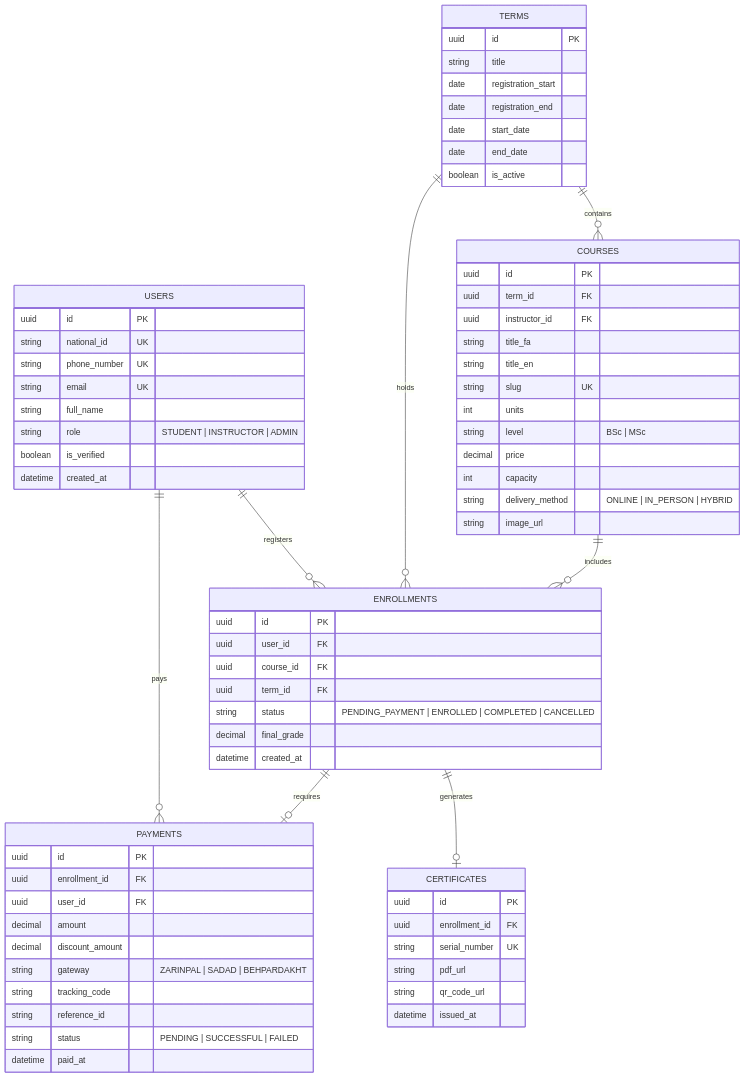
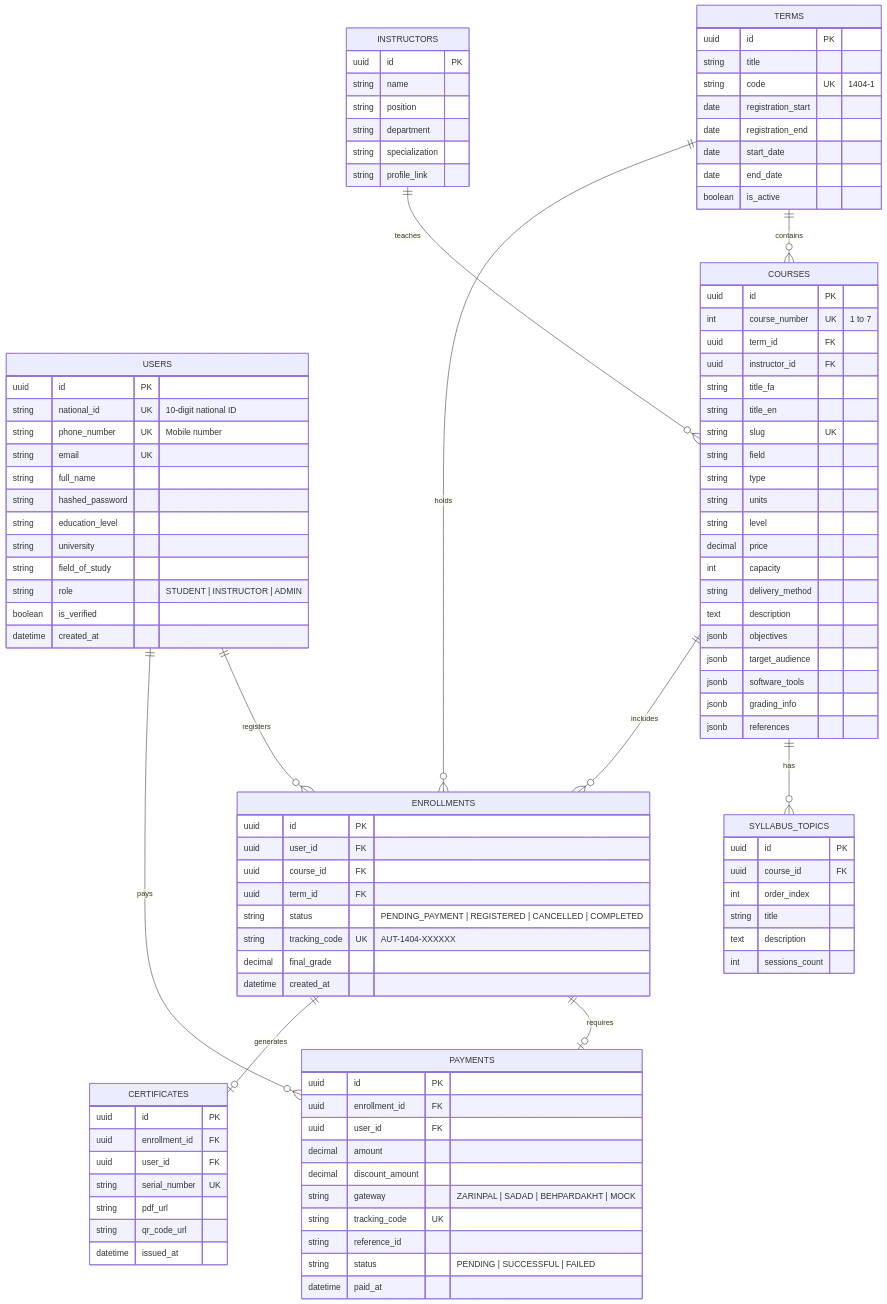
Before and after one commit to HosseinZareinejad/cse-school: the diagram in backend/README.md, drawn with Mermaid. The commit also changed other lines of this file and 1 other file, not shown here.

Commit message:
docs: update backend and frontend READMEs with latest database schema and SVG icon system

```diff
--- a/backend/README.md
+++ b/backend/README.md
@@ -57,16 +59,22 @@
     USERS ||--o{ PAYMENTS : pays
     TERMS ||--o{ COURSES : contains
     TERMS ||--o{ ENROLLMENTS : holds
+    INSTRUCTORS ||--o{ COURSES : teaches
+    COURSES ||--o{ SYLLABUS_TOPICS : has
     COURSES ||--o{ ENROLLMENTS : includes
     ENROLLMENTS ||--o| PAYMENTS : requires
     ENROLLMENTS ||--o| CERTIFICATES : generates
 
     USERS {
         uuid id PK
-        string national_id UK
-        string phone_number UK
+        string national_id UK "10-digit national ID"
+        string phone_number UK "Mobile number"
         string email UK
         string full_name
+        string hashed_password
+        string education_level
+        string university
+        string field_of_study
         string role "STUDENT | INSTRUCTOR | ADMIN"
         boolean is_verified
         datetime created_at
@@ -75,6 +83,7 @@
     TERMS {
         uuid id PK
         string title
+        string code UK "1404-1"
         date registration_start
         date registration_end
         date start_date
@@ -82,19 +91,45 @@
         boolean is_active
     }
 
+    INSTRUCTORS {
+        uuid id PK
+        string name
+        string position
+        string department
+        string specialization
+        string profile_link
+    }
+
     COURSES {
         uuid id PK
+        int course_number UK "1 to 7"
         uuid term_id FK
         uuid instructor_id FK
         string title_fa
         string title_en
         string slug UK
-        int units
-        string level "BSc | MSc"
+        string field
+        string type
+        string units
+        string level
         decimal price
         int capacity
-        string delivery_method "ONLINE | IN_PERSON | HYBRID"
-        string image_url
+        string delivery_method
+        text description
+        jsonb objectives
+        jsonb target_audience
+        jsonb software_tools
+        jsonb grading_info
+        jsonb references
+    }
+
+    SYLLABUS_TOPICS {
+        uuid id PK
+        uuid course_id FK
+        int order_index
+        string title
+        text description
+        int sessions_count
     }
 
     ENROLLMENTS {
@@ -102,7 +137,8 @@
         uuid user_id FK
         uuid course_id FK
         uuid term_id FK
-        string status "PENDING_PAYMENT | ENROLLED | COMPLETED | CANCELLED"
+        string status "PENDING_PAYMENT | REGISTERED | CANCELLED | COMPLETED"
+        string tracking_code UK "AUT-1404-XXXXXX"
         decimal final_grade
         datetime created_at
     }
@@ -113,8 +149,8 @@
         uuid user_id FK
         decimal amount
         decimal discount_amount
-        string gateway "ZARINPAL | SADAD | BEHPARDAKHT"
-        string tracking_code
+        string gateway "ZARINPAL | SADAD | BEHPARDAKHT | MOCK"
+        string tracking_code UK
         string reference_id
         string status "PENDING | SUCCESSFUL | FAILED"
         datetime paid_at
@@ -123,6 +159,7 @@
     CERTIFICATES {
         uuid id PK
         uuid enrollment_id FK
+        uuid user_id FK
         string serial_number UK
         string pdf_url
         string qr_code_url
```
